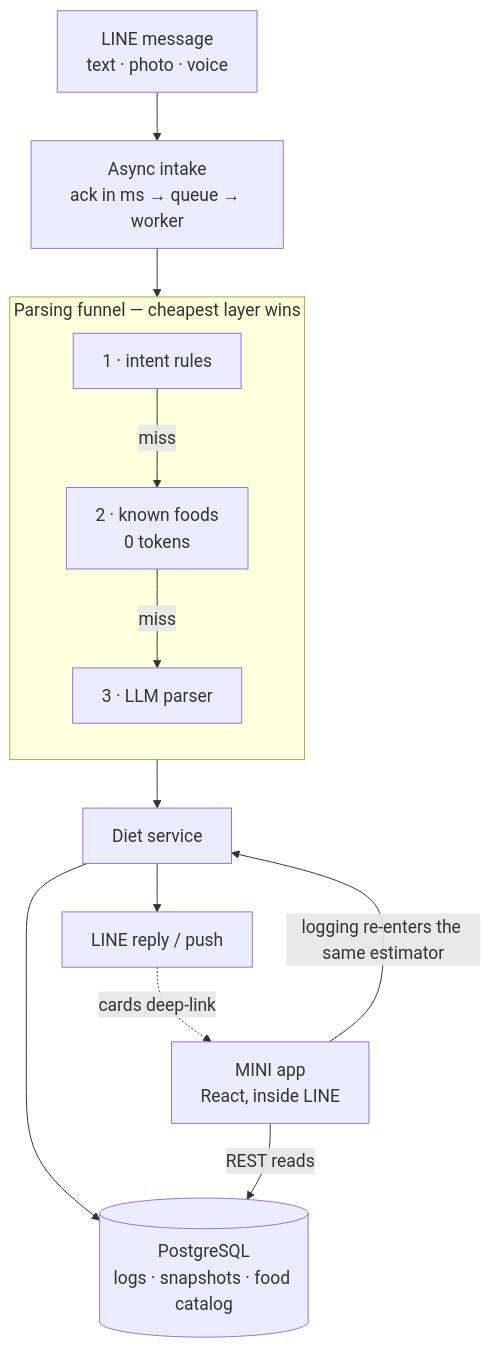
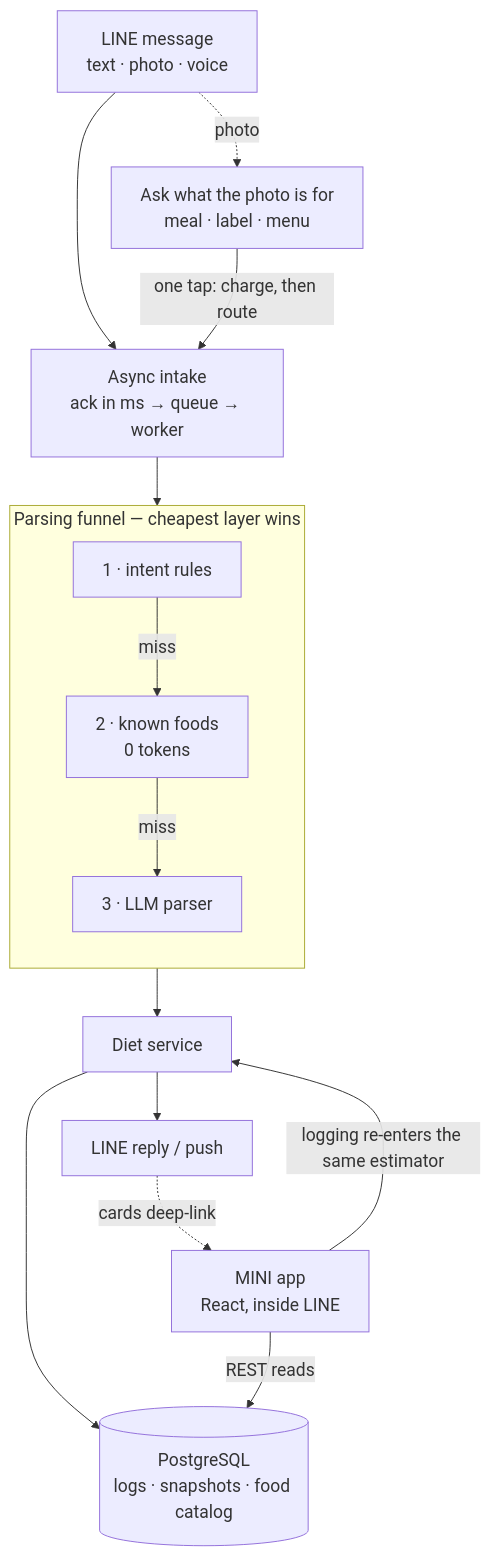
Before and after one commit to jeffery12697/fitneko-case-study: the diagram in README.md, drawn with Mermaid. The commit also changed other lines of this file and 4 other files, not shown here.

````diff
--- a/README.md
+++ b/README.md
@@ -41,18 +42,20 @@
 ```mermaid
 %%{init: {"themeVariables": {"fontSize": "18px"}}}%%
 flowchart TD
     LINE[LINE message<br/>text · photo · voice] --> IN[Async intake<br/>ack in ms → queue → worker]
+    LINE -. photo .-> ASK["Ask what the photo is for<br/>meal · label · menu"]
+    ASK -- "one tap: charge, then route" --> IN
     IN --> RP
 
     subgraph FUNNEL [Parsing funnel — cheapest layer wins]
         direction TB
         RP["1 · intent rules"] -- miss --> KF["2 · known foods<br/>0 tokens"] -- miss --> LLM["3 · LLM parser"]
     end
 
     FUNNEL --> SVC[Diet service]
     SVC --> PG[(PostgreSQL<br/>logs · snapshots · food catalog)]
     SVC --> REPLY[LINE reply / push]
     REPLY -. cards deep-link .-> LIFF[MINI app<br/>React, inside LINE]
     LIFF -- REST reads --> PG
     LIFF -- "logging re-enters the same estimator" --> SVC
 ```
````
